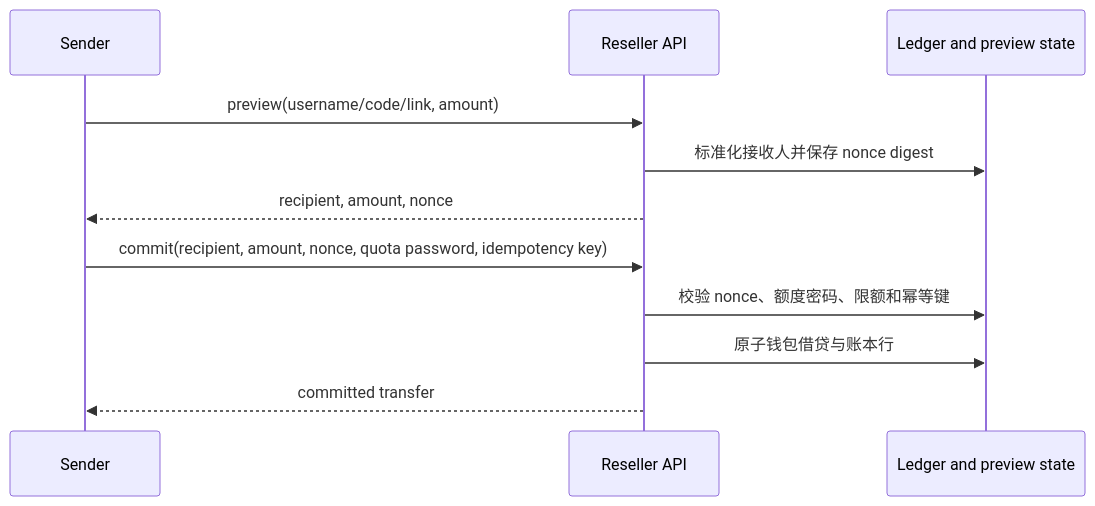
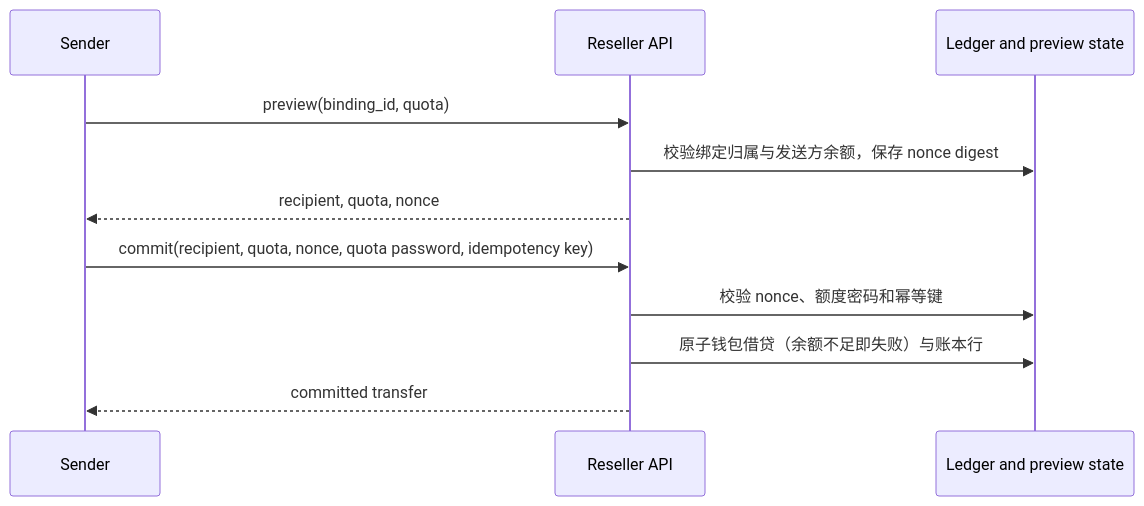
One commit to xiangzeng/new-api changed the third of 4 diagrams in docs/reseller/behavior-contract.md. Above: the diagram before and after it, drawn with Mermaid. The commit also changed other lines of this file and 15 other files, not shown here.

````diff
--- a/docs/reseller/behavior-contract.md
+++ b/docs/reseller/behavior-contract.md
@@ -194,13 +206,13 @@
 ```mermaid
 sequenceDiagram
   participant S as Sender
   participant API as Reseller API
   participant DB as Ledger and preview state
-  S->>API: preview(username/code/link, amount)
-  API->>DB: 标准化接收人并保存 nonce digest
-  API-->>S: recipient, amount, nonce
-  S->>API: commit(recipient, amount, nonce, quota password, idempotency key)
-  API->>DB: 校验 nonce、额度密码、限额和幂等键
-  API->>DB: 原子钱包借贷与账本行
+  S->>API: preview(binding_id, quota)
+  API->>DB: 校验绑定归属与发送方余额，保存 nonce digest
+  API-->>S: recipient, quota, nonce
+  S->>API: commit(recipient, quota, nonce, quota password, idempotency key)
+  API->>DB: 校验 nonce、额度密码和幂等键
+  API->>DB: 原子钱包借贷（余额不足即失败）与账本行
   API-->>S: committed transfer
 ```
````
